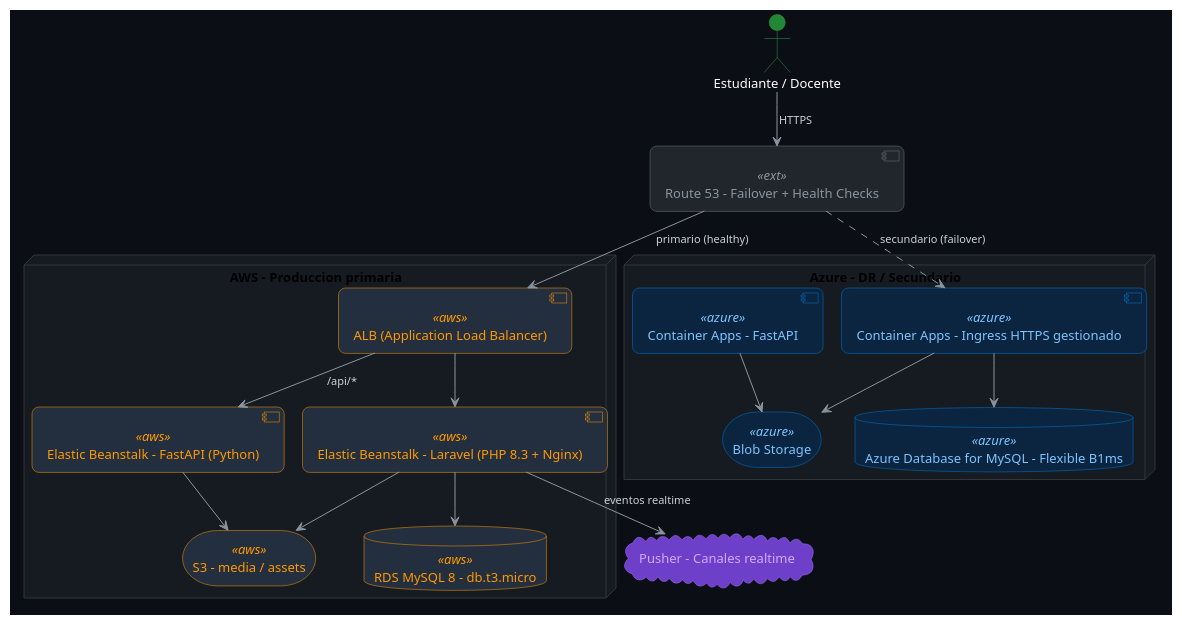
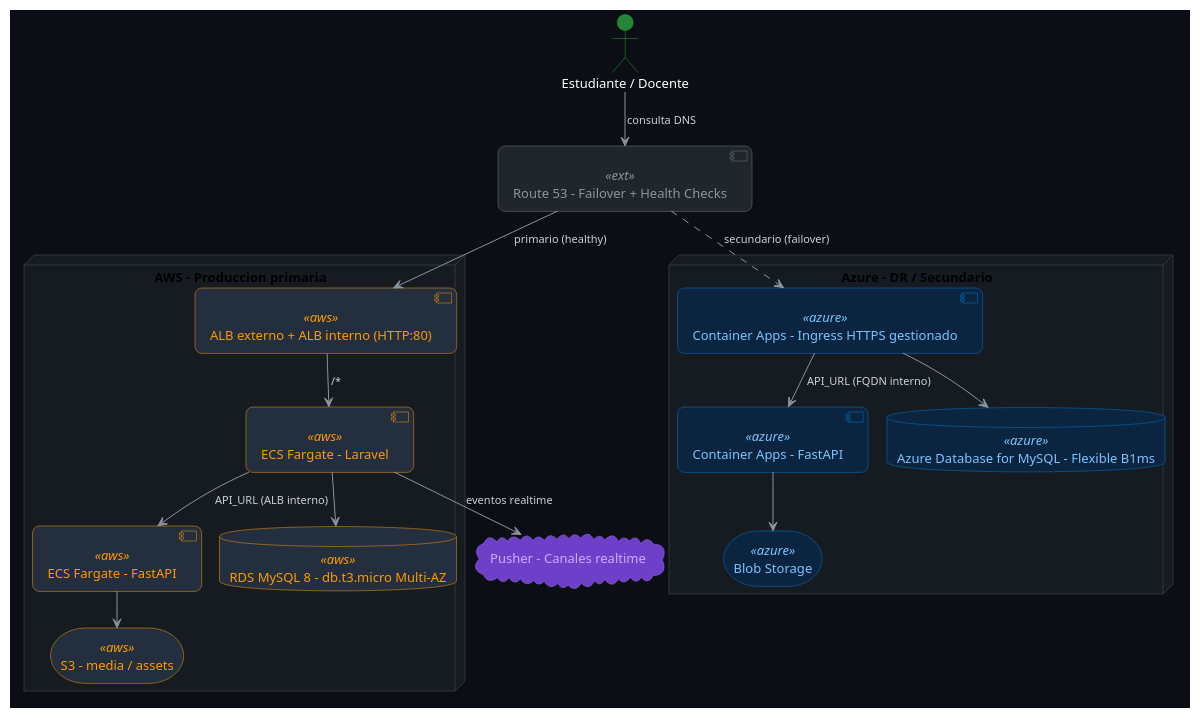
The first of 11 diagrams in docs/despliegue-multicloud.md (Aisaac123/KeyNography-), drawn with PlantUML before and after one commit. The commit also changed other lines of this file and 4 other files, not shown here.

````diff
--- a/docs/despliegue-multicloud.md
+++ b/docs/despliegue-multicloud.md
@@ -124,10 +128,10 @@
 cloud "Pusher - Canales realtime" as pusher
 
 node "AWS - Produccion primaria" {
-  component "ALB (Application Load Balancer)" as alb <<aws>>
-  component "Elastic Beanstalk - Laravel (PHP 8.3 + Nginx)" as ebapp <<aws>>
-  component "Elastic Beanstalk - FastAPI (Python)" as ebapi <<aws>>
-  database "RDS MySQL 8 - db.t3.micro" as rds <<aws>>
+  component "ALB externo + ALB interno (HTTP:80)" as alb <<aws>>
+  component "ECS Fargate - Laravel" as ebapp <<aws>>
+  component "ECS Fargate - FastAPI" as ebapi <<aws>>
+  database "RDS MySQL 8 - db.t3.micro Multi-AZ" as rds <<aws>>
   storage "S3 - media / assets" as s3 <<aws>>
 }
 
@@ -138,17 +142,16 @@
   storage "Blob Storage" as blob <<azure>>
 }
 
-user --> r53 : HTTPS
+user --> r53 : consulta DNS
 r53 --> alb : primario (healthy)
 r53 ..> caapp : secundario (failover)
-alb --> ebapp
-alb --> ebapi : /api/*
+alb --> ebapp : /*
+ebapp --> ebapi : API_URL (ALB interno)
 ebapp --> rds
-ebapp --> s3
 ebapi --> s3
 ebapp --> pusher : eventos realtime
+caapp --> caapi : API_URL (FQDN interno)
 caapp --> azdb
-caapp --> blob
 caapi --> blob
 @enduml
 ```
````
